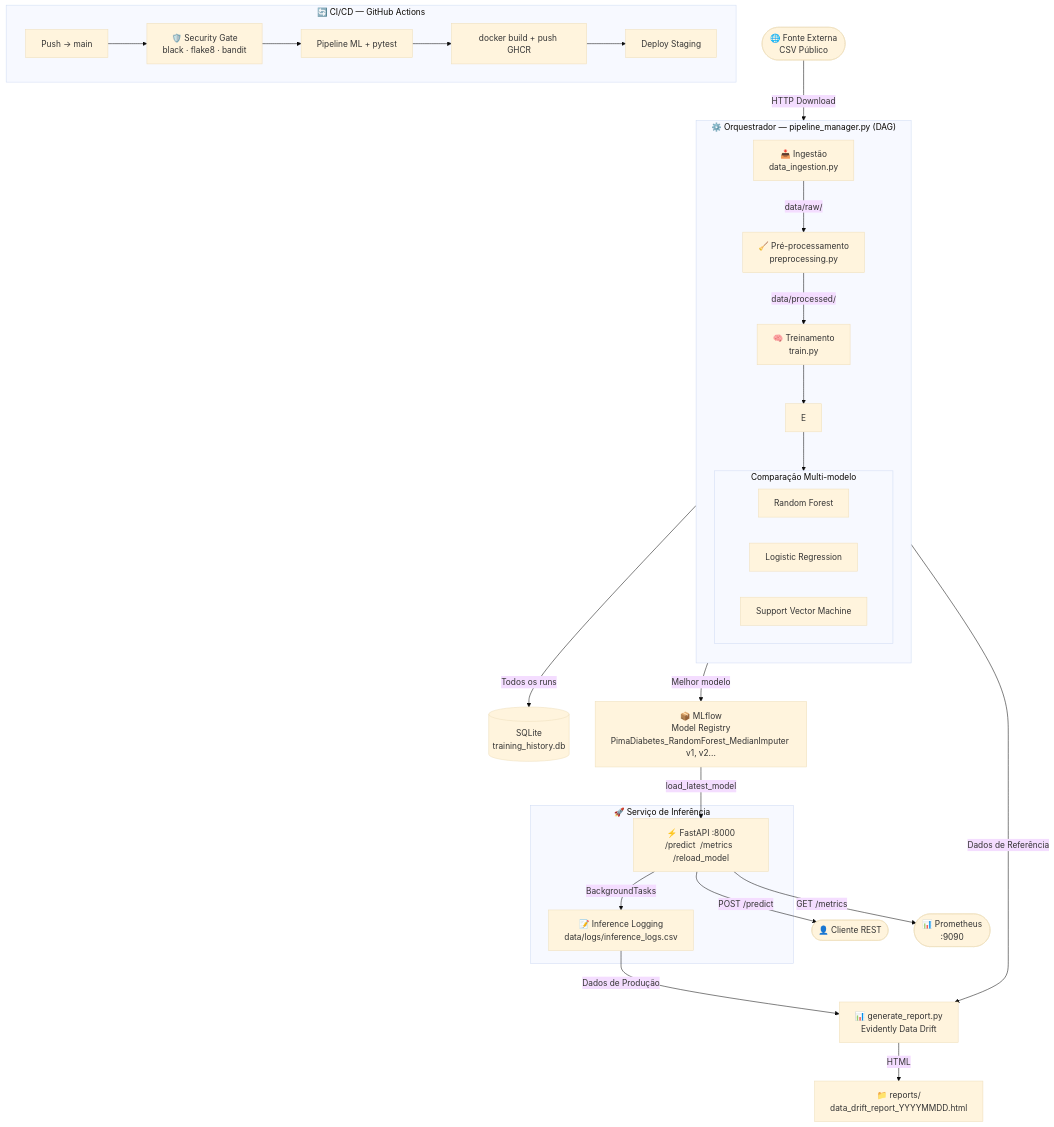
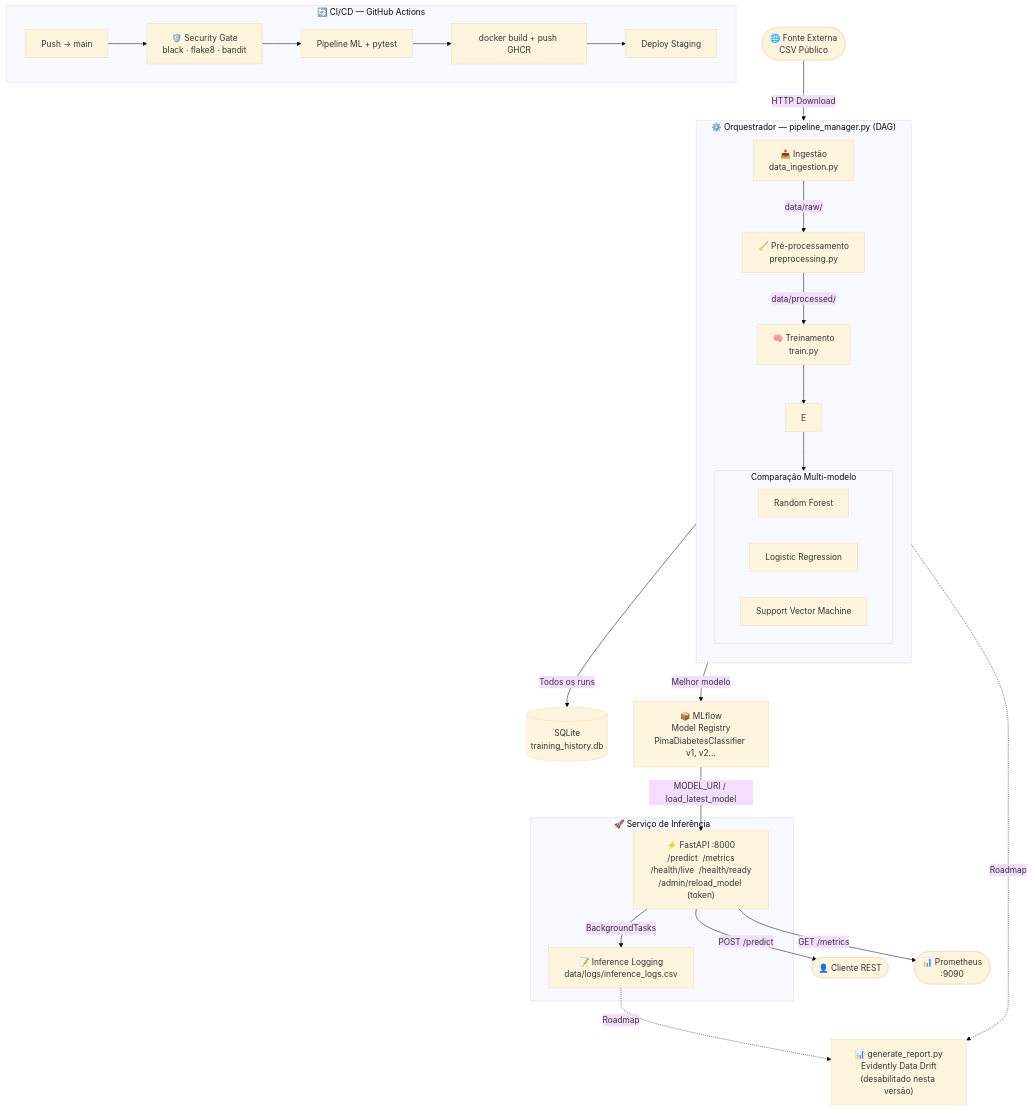
One commit to ArthurS357/santander-ml-pipeline changed the first of 2 diagrams in README.md. Above: the diagram before and after it, drawn with Mermaid (base theme). The commit also changed other lines of this file and 6 other files, not shown here.

Commit message:
fix(api): padroniza nome do modelo, adiciona health probes e protege endpoint de reload

````diff
--- a/README.md
+++ b/README.md
@@ -67,42 +67,41 @@
 ```mermaid
 flowchart TD
     A([🌐 Fonte Externa\nCSV Público]) -->|HTTP Download| B
 
     subgraph PIPELINE ["⚙️  Orquestrador — pipeline_manager.py (DAG)"]
         direction TB
         B["📥 Ingestão\ndata_ingestion.py"] -->|data/raw/| C
         C["🧹 Pré-processamento\npreprocessing.py"] -->|data/processed/| D
         D["🧠 Treinamento\ntrain.py"] --> E
 
         subgraph TREINO ["Comparação Multi-modelo"]
             direction LR
             RF[Random Forest]
             LR[Logistic Regression]
             SVM[Support Vector Machine]
         end
         E --> TREINO
     end
 
     TREINO -->|Todos os runs| F[(SQLite\ntraining_history.db)]
-    TREINO -->|Melhor modelo| G["📦 MLflow\nModel Registry\nPimaDiabetes_RandomForest_MedianImputer v1, v2..."]
-    G -->|load_latest_model| H
+    TREINO -->|Melhor modelo| G["📦 MLflow\nModel Registry\nPimaDiabetesClassifier v1, v2..."]
+    G -->|MODEL_URI / load_latest_model| H
 
     subgraph SERVE ["🚀  Serviço de Inferência"]
-        H["⚡ FastAPI :8000\n/predict  /metrics  /reload_model"]
+        H["⚡ FastAPI :8000\n/predict  /metrics\n/health/live  /health/ready\n/admin/reload_model (token)"]
         H -->|BackgroundTasks| IL["📝 Inference Logging\ndata/logs/inference_logs.csv"]
     end
 
-    IL -->|Dados de Produção| RPT["📊 generate_report.py\nEvidently Data Drift"]
-    D -->|Dados de Referência| RPT
-    RPT -->|HTML| RDIR["📁 reports/\ndata_drift_report_YYYYMMDD.html"]
+    IL -.->|Roadmap| RPT["📊 generate_report.py\nEvidently Data Drift\n(desabilitado nesta versão)"]
+    D -.->|Roadmap| RPT
 
     H -->|POST /predict| I([👤 Cliente REST])
     H -->|GET /metrics| J([📊 Prometheus\n:9090])
 
     subgraph CICD ["🔄  CI/CD — GitHub Actions"]
         K[Push → main] --> SEC["🛡️ Security Gate\nblack · flake8 · bandit"]
         SEC --> L[Pipeline ML + pytest]
         L --> M["docker build + push GHCR"]
         M --> N[Deploy Staging]
     end
 ```
````
